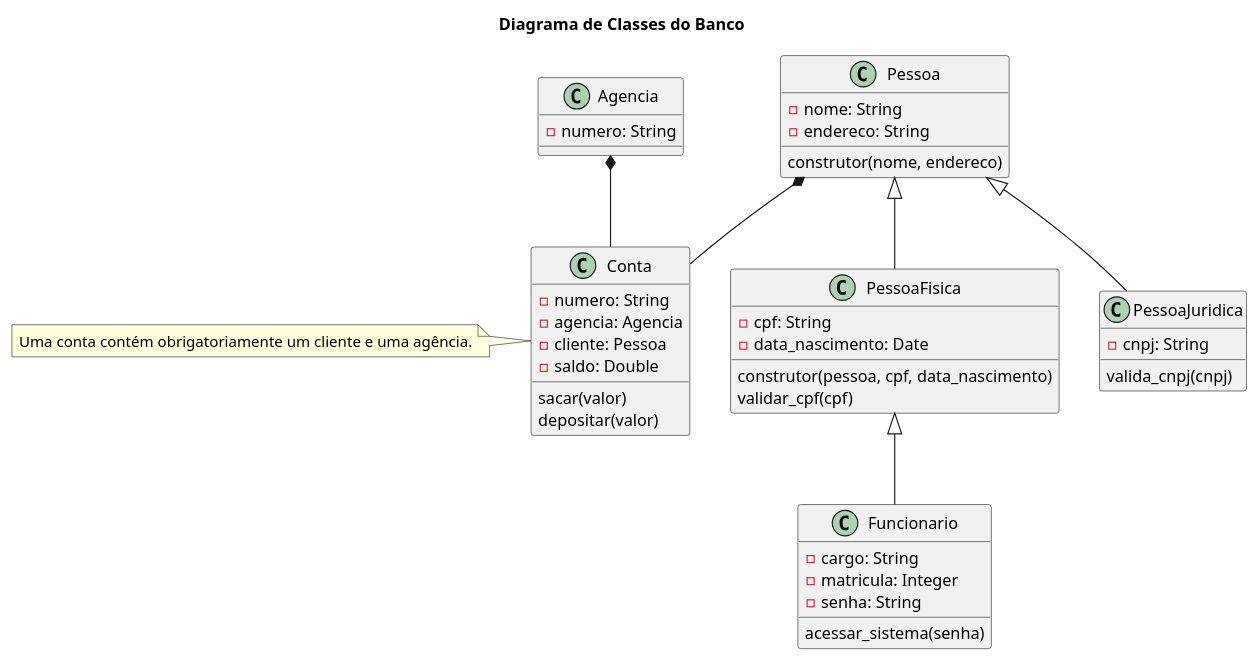
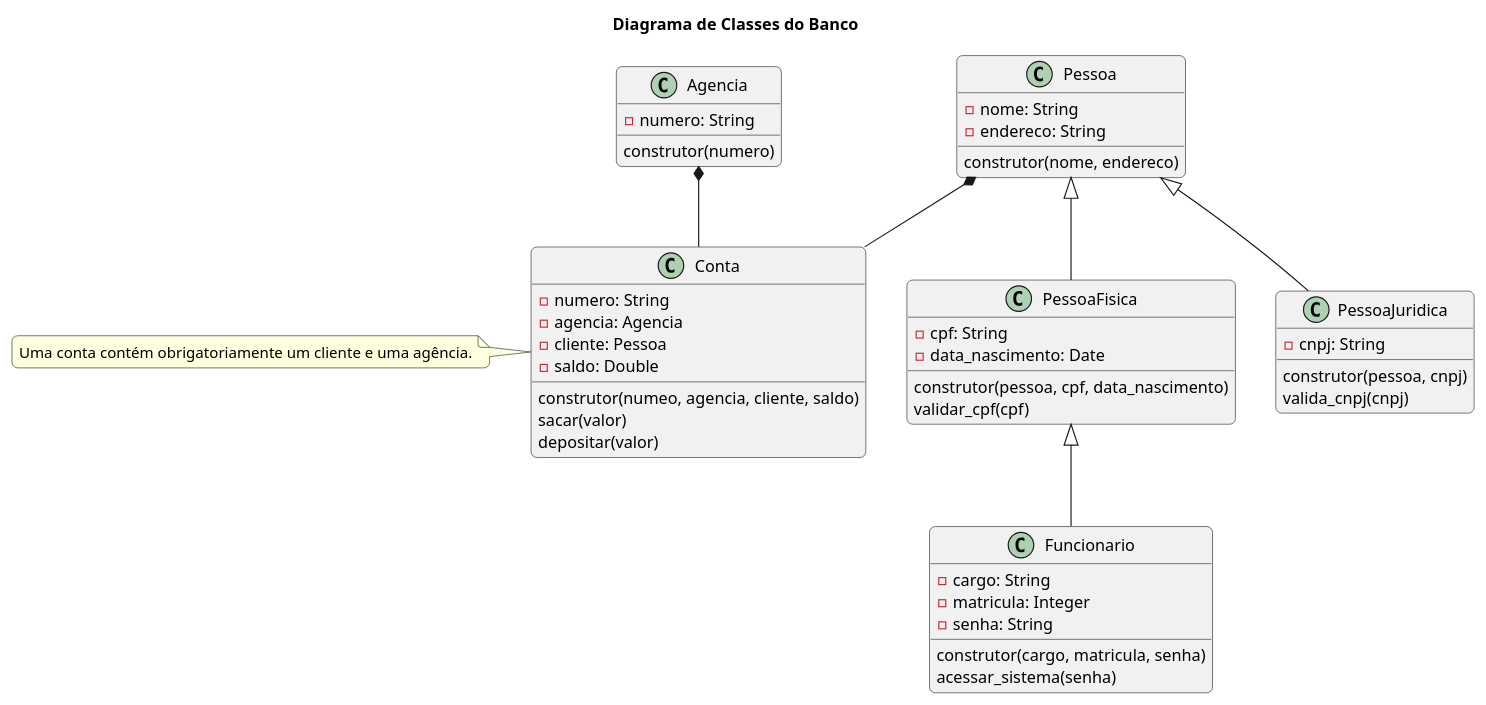
One commit to Adrian-Batista/Exercicios-Python changed the diagram in banco.wsd. Above: the diagram before and after it, drawn with PlantUML.

```diff
--- a/banco.wsd
+++ b/banco.wsd
@@ -1,56 +1,65 @@
+@startuml
+
+skinparam RoundCorner 10
+
 title Diagrama de Classes do Banco
 
 class Pessoa {
     - nome: String
     - endereco: String
 
     construtor(nome, endereco)
 }
 
 class PessoaFisica {
     -cpf: String
     -data_nascimento: Date
 
     construtor(pessoa, cpf, data_nascimento)
     validar_cpf(cpf)
 }
 
 class PessoaJuridica {
     -cnpj: String
 
+    construtor(pessoa, cnpj)
     valida_cnpj(cnpj)
 }
 
 class Funcionario{
     -cargo: String
     -matricula: Integer
     -senha: String
 
+    construtor(cargo, matricula, senha)
     acessar_sistema(senha)
 }
 
 class Agencia {
--numero: String
+    -numero: String
+
+    construtor(numero)
 }
 
 class Conta {
     -numero: String
     -agencia: Agencia
     -cliente: Pessoa
     -saldo: Double
 
+    construtor(numeo, agencia, cliente, saldo)
     sacar(valor)
     depositar(valor)
 }
 
 note left of Conta
     Uma conta contém obrigatoriamente um cliente e uma agência.
 end note
 
 Pessoa <|-- PessoaFisica
 Pessoa <|-- PessoaJuridica
 PessoaFisica <|-- Funcionario
 Pessoa *-- Conta
 Agencia *-- Conta
 
 @enduml
```
